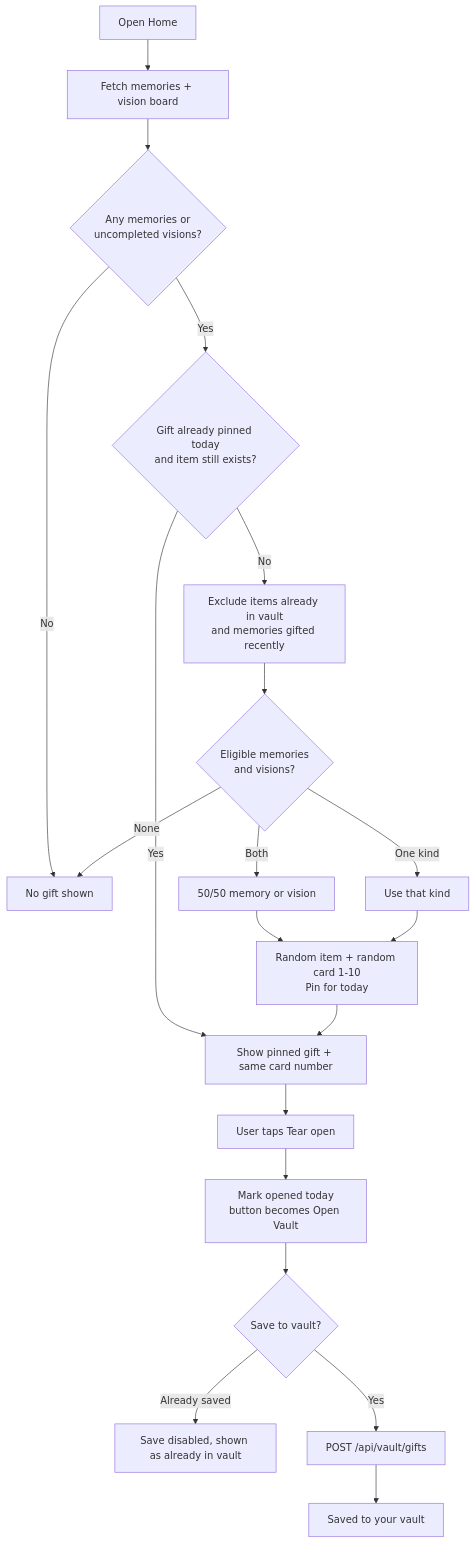
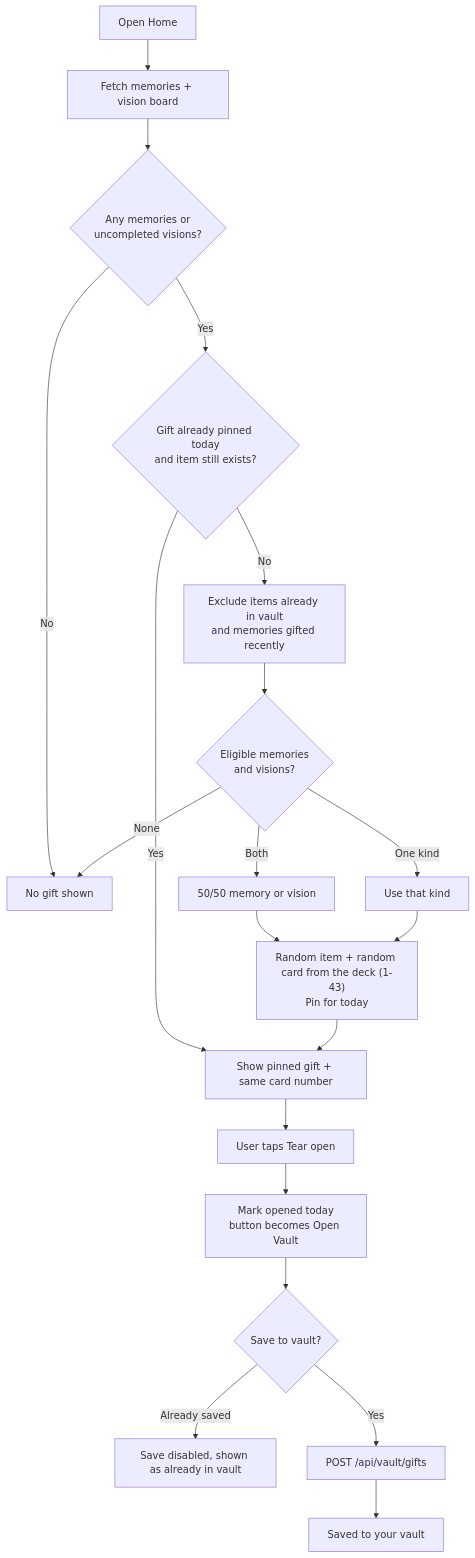
The seventh of 15 diagrams in docs/BRD_Amori_v2.md (11Candice11/Amori2), drawn with Mermaid before and after one commit. The commit also changed other lines of this file and 68 other files, not shown here.

````diff
--- a/docs/BRD_Amori_v2.md
+++ b/docs/BRD_Amori_v2.md
@@ -460,22 +460,22 @@
 ```mermaid
 flowchart TD
   S["Open Home"] --> F["Fetch memories + vision board"]
   F --> N{"Any memories or<br/>uncompleted visions?"}
   N -- No --> NONE["No gift shown"]
   N -- Yes --> P{"Gift already pinned today<br/>and item still exists?"}
   P -- Yes --> SHOW["Show pinned gift + same card number"]
   P -- No --> E["Exclude items already in vault<br/>and memories gifted recently"]
   E --> T{"Eligible memories<br/>and visions?"}
   T -- "Both" --> R["50/50 memory or vision"]
   T -- "One kind" --> R2["Use that kind"]
   T -- "None" --> NONE
-  R --> PICK["Random item + random card 1-10<br/>Pin for today"]
+  R --> PICK["Random item + random card from the deck (1-43)<br/>Pin for today"]
   R2 --> PICK
   PICK --> SHOW
   SHOW --> TEAR["User taps Tear open"]
   TEAR --> OPENED["Mark opened today<br/>button becomes Open Vault"]
   OPENED --> SAVE{"Save to vault?"}
   SAVE -- "Already saved" --> DIS["Save disabled, shown as already in vault"]
   SAVE -- Yes --> V["POST /api/vault/gifts"]
   V --> OK["Saved to your vault"]
 ```
````
